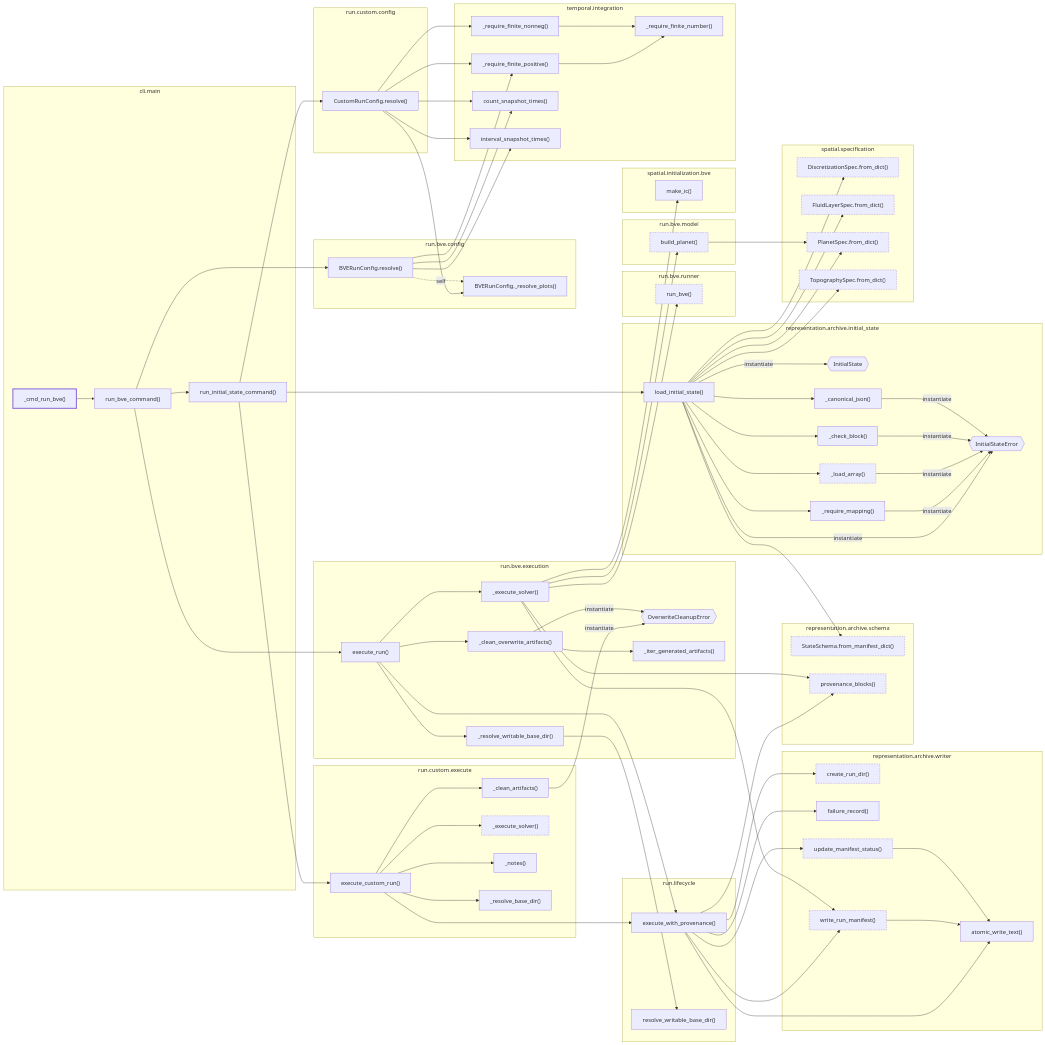
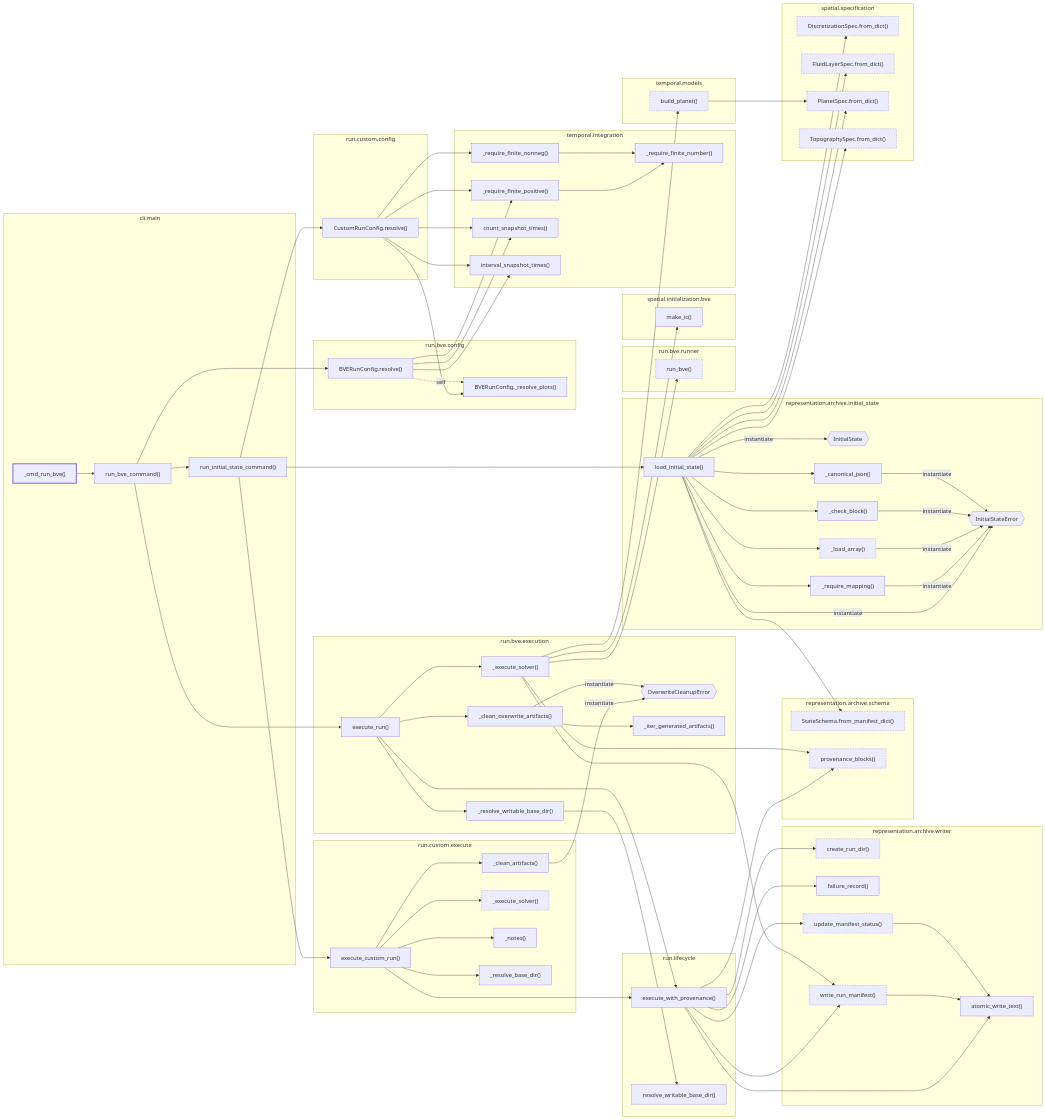
Before and after one commit to AlexandreEros/Palintropos: the diagram in docs/architecture/current/calls/cli-run-bve.mmd, drawn with Mermaid. The commit also changed 30 other files, not shown here.

First line of the commit message:
Refresh architecture snapshot for c924157

```diff
--- a/docs/architecture/current/calls/cli-run-bve.mmd
+++ b/docs/architecture/current/calls/cli-run-bve.mmd
@@ -1,4 +1,4 @@
-%% Generated by tools.architecture 1.0.0. Do not edit by hand.
+%% Generated by tools.architecture 1.1.0. Do not edit by hand.
 %% Static call graph from tropoi.cli.main._cmd_run_bve, depth <= 4. Solid: call/instantiate/__init__/super. Dashed: self-dispatch and possible overrides. Dashed border: node with further calls beyond the depth cut.
 flowchart LR
     subgraph g_tropoi_ocli_omain["cli.main"]
@@ -38,9 +38,6 @@
         n_tropoi_orun_obve_oexecution_o__resolve__writable__base__dir["_resolve_writable_base_dir()"]
         n_tropoi_orun_obve_oexecution_oexecute__run["execute_run()"]
     end
-    subgraph g_tropoi_orun_obve_omodel["run.bve.model"]
-        n_tropoi_orun_obve_omodel_obuild__planet["build_planet()"]
-    end
     subgraph g_tropoi_orun_obve_orunner["run.bve.runner"]
         n_tropoi_orun_obve_orunner_orun__bve["run_bve()"]
     end
@@ -74,6 +71,9 @@
         n_tropoi_otemporal_ointegration_ocount__snapshot__times["count_snapshot_times()"]
         n_tropoi_otemporal_ointegration_ointerval__snapshot__times["interval_snapshot_times()"]
     end
+    subgraph g_tropoi_otemporal_omodels["temporal.models"]
+        n_tropoi_otemporal_omodels_obuild__planet["build_planet()"]
+    end
     n_tropoi_ocli_omain_o__cmd__run__bve --> n_tropoi_ocli_omain_orun__bve__command
     n_tropoi_ocli_omain_orun__bve__command --> n_tropoi_ocli_omain_orun__initial__state__command
     n_tropoi_ocli_omain_orun__bve__command --> n_tropoi_orun_obve_oconfig_oBVERunConfig_oresolve
@@ -106,15 +106,14 @@
     n_tropoi_orun_obve_oexecution_o__clean__overwrite__artifacts --> n_tropoi_orun_obve_oexecution_o__iter__generated__artifacts
     n_tropoi_orun_obve_oexecution_o__execute__solver --> n_tropoi_orepresentation_oarchive_oschema_oprovenance__blocks
     n_tropoi_orun_obve_oexecution_o__execute__solver --> n_tropoi_orepresentation_oarchive_owriter_owrite__run__manifest
-    n_tropoi_orun_obve_oexecution_o__execute__solver --> n_tropoi_orun_obve_omodel_obuild__planet
     n_tropoi_orun_obve_oexecution_o__execute__solver --> n_tropoi_orun_obve_orunner_orun__bve
     n_tropoi_orun_obve_oexecution_o__execute__solver --> n_tropoi_ospatial_oinitialization_obve_omake__ic
+    n_tropoi_orun_obve_oexecution_o__execute__solver --> n_tropoi_otemporal_omodels_obuild__planet
     n_tropoi_orun_obve_oexecution_o__resolve__writable__base__dir --> n_tropoi_orun_olifecycle_oresolve__writable__base__dir
     n_tropoi_orun_obve_oexecution_oexecute__run --> n_tropoi_orun_obve_oexecution_o__clean__overwrite__artifacts
     n_tropoi_orun_obve_oexecution_oexecute__run --> n_tropoi_orun_obve_oexecution_o__execute__solver
     n_tropoi_orun_obve_oexecution_oexecute__run --> n_tropoi_orun_obve_oexecution_o__resolve__writable__base__dir
     n_tropoi_orun_obve_oexecution_oexecute__run --> n_tropoi_orun_olifecycle_oexecute__with__provenance
-    n_tropoi_orun_obve_omodel_obuild__planet --> n_tropoi_ospatial_ospecification_oPlanetSpec_ofrom__dict
     n_tropoi_orun_ocustom_oconfig_oCustomRunConfig_oresolve --> n_tropoi_orun_obve_oconfig_oBVERunConfig_o__resolve__plots
     n_tropoi_orun_ocustom_oconfig_oCustomRunConfig_oresolve --> n_tropoi_otemporal_ointegration_o__require__finite__nonneg
     n_tropoi_orun_ocustom_oconfig_oCustomRunConfig_oresolve --> n_tropoi_otemporal_ointegration_o__require__finite__positive
@@ -134,6 +133,7 @@
     n_tropoi_orun_olifecycle_oexecute__with__provenance --> n_tropoi_orepresentation_oarchive_owriter_owrite__run__manifest
     n_tropoi_otemporal_ointegration_o__require__finite__nonneg --> n_tropoi_otemporal_ointegration_o__require__finite__number
     n_tropoi_otemporal_ointegration_o__require__finite__positive --> n_tropoi_otemporal_ointegration_o__require__finite__number
+    n_tropoi_otemporal_omodels_obuild__planet --> n_tropoi_ospatial_ospecification_oPlanetSpec_ofrom__dict
     classDef root stroke-width:3px
     classDef truncated stroke-dasharray:4 3
     class n_tropoi_ocli_omain_o__cmd__run__bve root
@@ -143,10 +143,10 @@
     class n_tropoi_orepresentation_oarchive_owriter_ocreate__run__dir truncated
     class n_tropoi_orepresentation_oarchive_owriter_oupdate__manifest__status truncated
     class n_tropoi_orepresentation_oarchive_owriter_owrite__run__manifest truncated
-    class n_tropoi_orun_obve_omodel_obuild__planet truncated
     class n_tropoi_orun_obve_orunner_orun__bve truncated
     class n_tropoi_orun_ocustom_oexecute_o__execute__solver truncated
     class n_tropoi_ospatial_ospecification_oDiscretizationSpec_ofrom__dict truncated
     class n_tropoi_ospatial_ospecification_oFluidLayerSpec_ofrom__dict truncated
     class n_tropoi_ospatial_ospecification_oPlanetSpec_ofrom__dict truncated
     class n_tropoi_ospatial_ospecification_oTopographySpec_ofrom__dict truncated
+    class n_tropoi_otemporal_omodels_obuild__planet truncated
```
